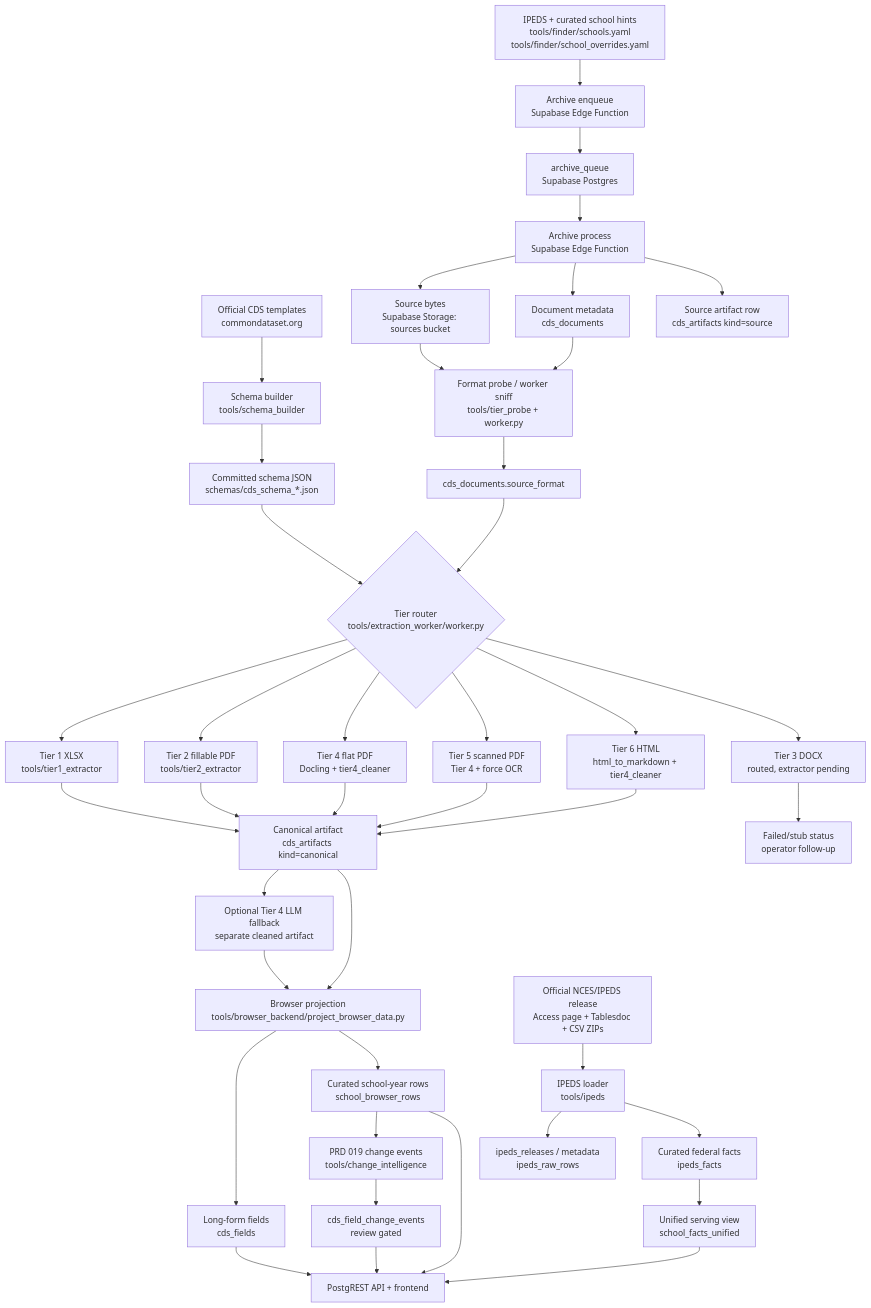
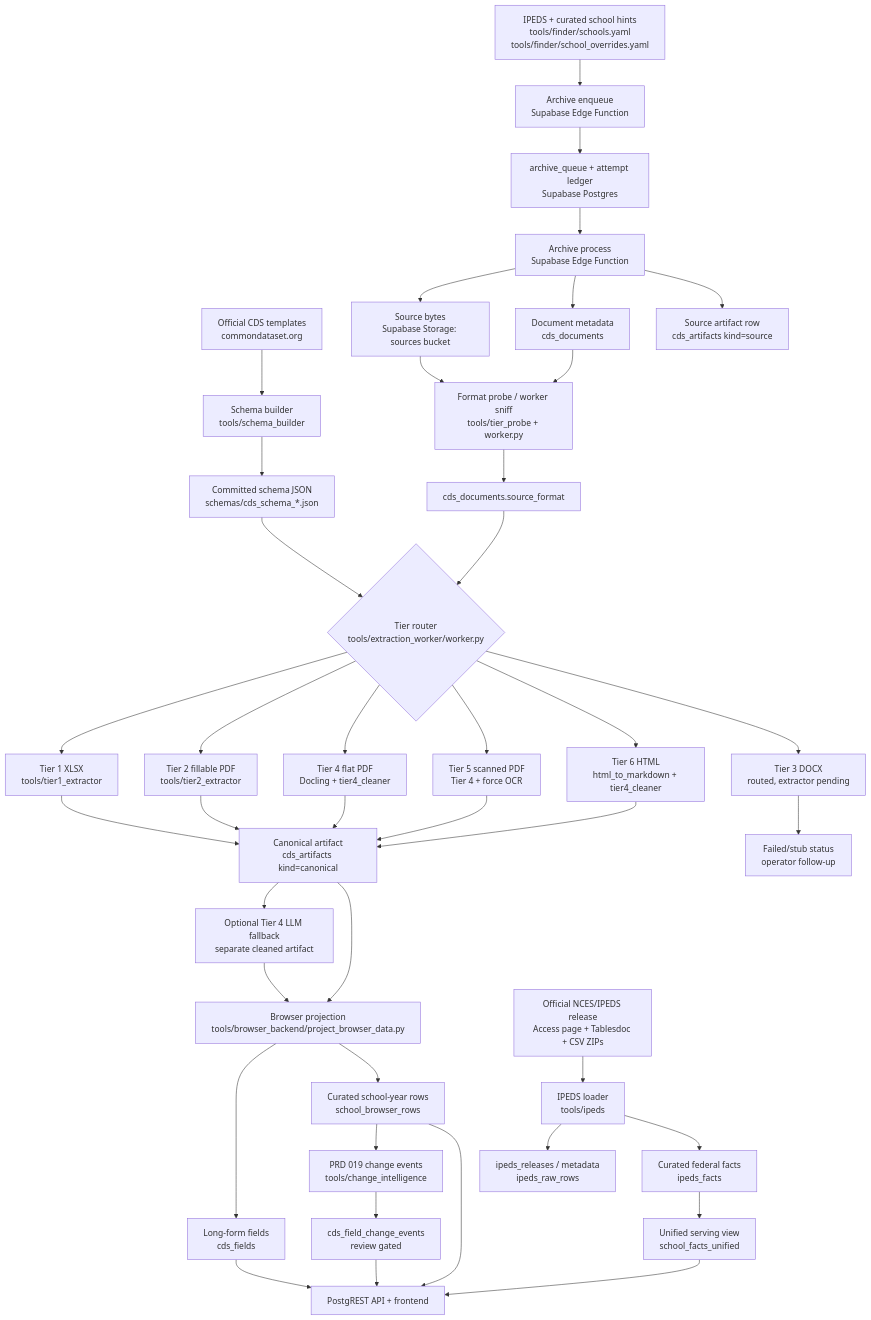
Before and after one commit to bolewood/collegedata-fyi: the diagram in docs/data-extraction-pipeline.md, drawn with Mermaid. The commit also changed other lines of this file and 12 other files, not shown here.

````diff
--- a/docs/data-extraction-pipeline.md
+++ b/docs/data-extraction-pipeline.md
@@ -15,51 +15,51 @@
 ```mermaid
 flowchart TD
     A[Official CDS templates<br/>commondataset.org] --> B[Schema builder<br/>tools/schema_builder]
     B --> C[Committed schema JSON<br/>schemas/cds_schema_*.json]
 
     D[IPEDS + curated school hints<br/>tools/finder/schools.yaml<br/>tools/finder/school_overrides.yaml] --> E[Archive enqueue<br/>Supabase Edge Function]
-    E --> F[archive_queue<br/>Supabase Postgres]
+    E --> F[archive_queue + attempt ledger<br/>Supabase Postgres]
     F --> G[Archive process<br/>Supabase Edge Function]
     G --> H[Source bytes<br/>Supabase Storage: sources bucket]
     G --> I[Document metadata<br/>cds_documents]
     G --> J[Source artifact row<br/>cds_artifacts kind=source]
 
     H --> K[Format probe / worker sniff<br/>tools/tier_probe + worker.py]
     I --> K
     K --> L[cds_documents.source_format]
 
     L --> M{Tier router<br/>tools/extraction_worker/worker.py}
     C --> M
     M --> N[Tier 1 XLSX<br/>tools/tier1_extractor]
     M --> O[Tier 2 fillable PDF<br/>tools/tier2_extractor]
     M --> P[Tier 4 flat PDF<br/>Docling + tier4_cleaner]
     M --> Q[Tier 5 scanned PDF<br/>Tier 4 + force OCR]
     M --> R[Tier 6 HTML<br/>html_to_markdown + tier4_cleaner]
     M --> S[Tier 3 DOCX<br/>routed, extractor pending]
 
     N --> T[Canonical artifact<br/>cds_artifacts kind=canonical]
     O --> T
     P --> T
     Q --> T
     R --> T
     S --> U[Failed/stub status<br/>operator follow-up]
 
     T --> V[Optional Tier 4 LLM fallback<br/>separate cleaned artifact]
     T --> W[Browser projection<br/>tools/browser_backend/project_browser_data.py]
     V --> W
     W --> X[Long-form fields<br/>cds_fields]
     W --> Y[Curated school-year rows<br/>school_browser_rows]
 
     Y --> Z[PRD 019 change events<br/>tools/change_intelligence]
     Z --> AA[cds_field_change_events<br/>review gated]
 
     X --> AB[PostgREST API + frontend]
     Y --> AB
     AA --> AB
 
     AC[Official NCES/IPEDS release<br/>Access page + Tablesdoc + CSV ZIPs] --> AD[IPEDS loader<br/>tools/ipeds]
     AD --> AE[ipeds_releases / metadata<br/>ipeds_raw_rows]
     AD --> AF[Curated federal facts<br/>ipeds_facts]
     AF --> AG[Unified serving view<br/>school_facts_unified]
     AG --> AB
 ```
````
